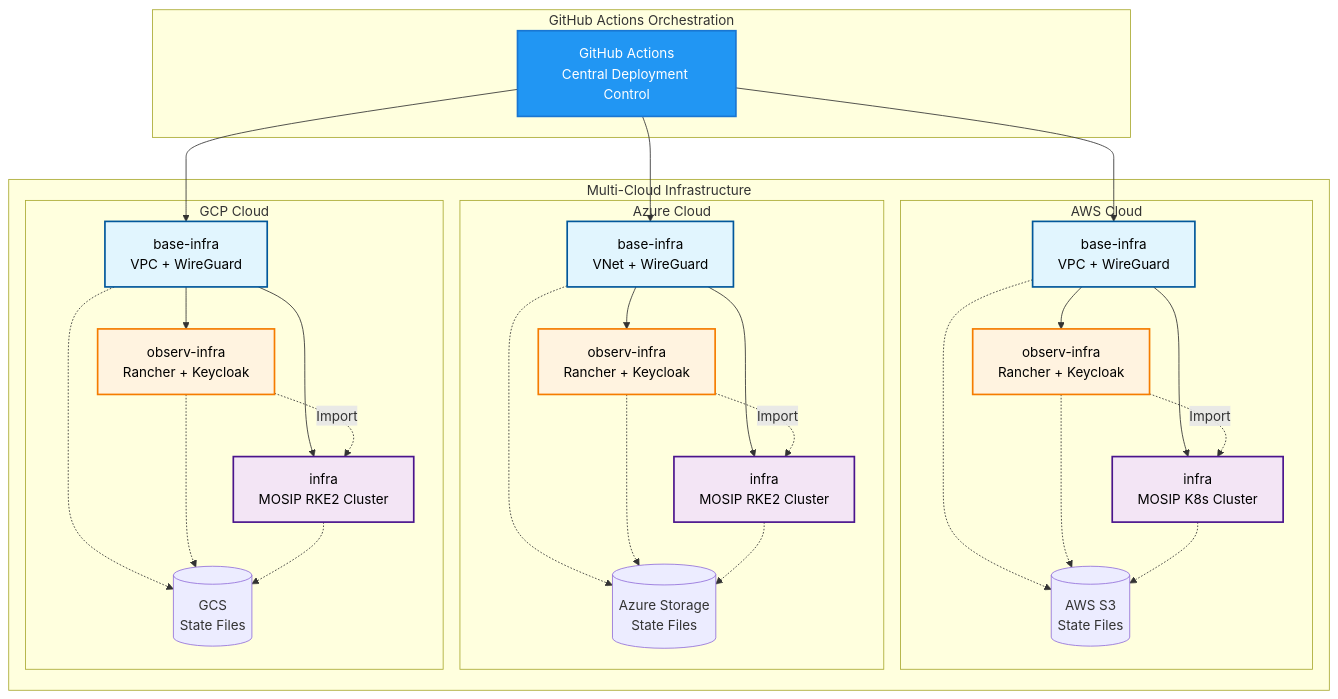
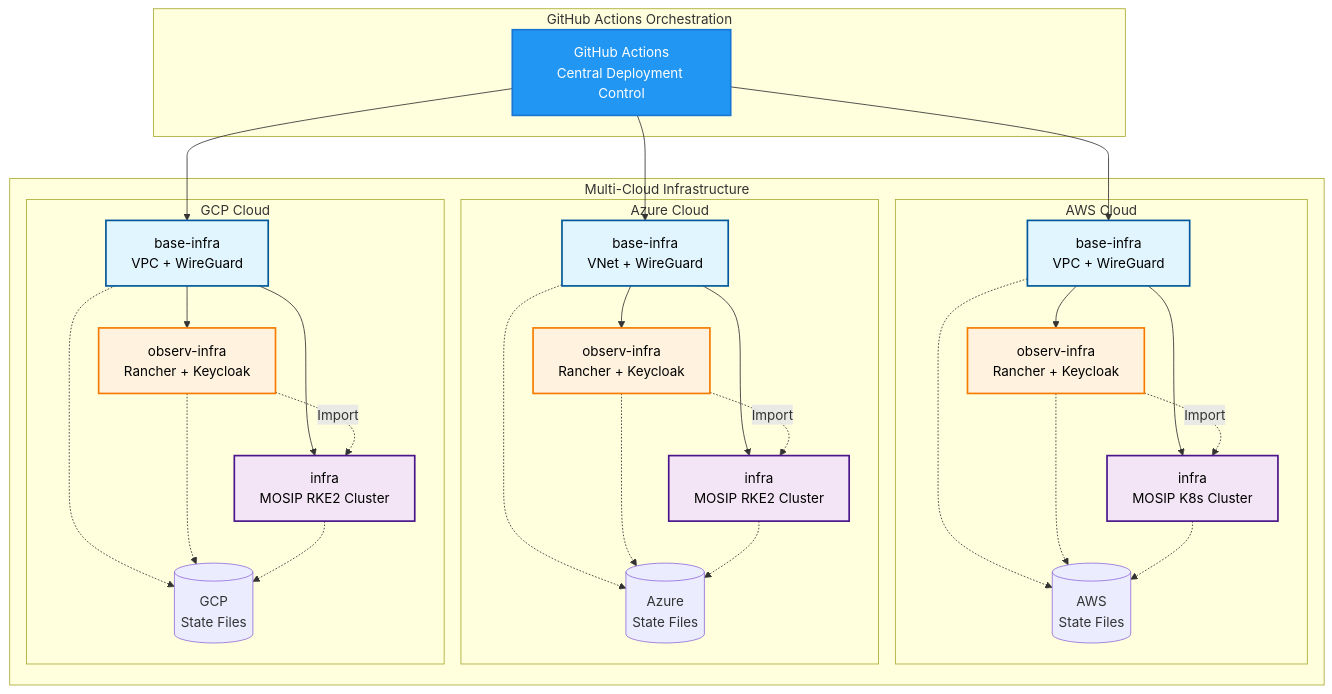
Before and after one commit to mosip/infra: the first of 3 diagrams in terraform/README.md, drawn with Mermaid. The commit also changed 1 other file, not shown here.

Commit message:
[MOSIP-43149]updated docs as per varaniya

````diff
--- a/terraform/README.md
+++ b/terraform/README.md
@@ -13,65 +13,65 @@
 ```mermaid
 graph TB
  subgraph "GitHub Actions Orchestration"
  GHA[GitHub Actions<br/>Central Deployment Control]
  end
  
  subgraph "Multi-Cloud Infrastructure"
  subgraph "AWS Cloud"
  AWS_BASE[base-infra<br/>VPC + WireGuard]
  AWS_OBS[observ-infra<br/>Rancher + Keycloak]
  AWS_INFRA[infra<br/>MOSIP K8s Cluster]
- AWS_STATE[(AWS S3<br/>State Files)]
+ AWS_STATE[(AWS <br/>State Files)]
  end
  
  subgraph "Azure Cloud"
  AZ_BASE[base-infra<br/>VNet + WireGuard]
  AZ_OBS[observ-infra<br/>Rancher + Keycloak]
  AZ_INFRA[infra<br/>MOSIP RKE2 Cluster]
- AZ_STATE[(Azure Storage<br/>State Files)]
+ AZ_STATE[(Azure <br/>State Files)]
  end
  
  subgraph "GCP Cloud"
  GCP_BASE[base-infra<br/>VPC + WireGuard]
  GCP_OBS[observ-infra<br/>Rancher + Keycloak]
  GCP_INFRA[infra<br/>MOSIP RKE2 Cluster]
- GCP_STATE[(GCS<br/>State Files)]
+ GCP_STATE[(GCP<br/>State Files)]
  end
  end
  
  GHA --> AWS_BASE
  GHA --> AZ_BASE
  GHA --> GCP_BASE
  
  AWS_BASE --> AWS_OBS
  AWS_BASE --> AWS_INFRA
  AWS_OBS -.->|Import| AWS_INFRA
  AWS_BASE -.-> AWS_STATE
  AWS_OBS -.-> AWS_STATE
  AWS_INFRA -.-> AWS_STATE
  
  AZ_BASE --> AZ_OBS
  AZ_BASE --> AZ_INFRA
  AZ_OBS -.->|Import| AZ_INFRA
  AZ_BASE -.-> AZ_STATE
  AZ_OBS -.-> AZ_STATE
  AZ_INFRA -.-> AZ_STATE
  
  GCP_BASE --> GCP_OBS
  GCP_BASE --> GCP_INFRA
  GCP_OBS -.->|Import| GCP_INFRA
  GCP_BASE -.-> GCP_STATE
  GCP_OBS -.-> GCP_STATE
  GCP_INFRA -.-> GCP_STATE
  
  style GHA fill:#2196F3,stroke:#1976D2,stroke-width:2px,color:#fff
  style AWS_BASE fill:#e1f5fe,stroke:#01579b,stroke-width:2px,color:#000000
  style AWS_OBS fill:#fff3e0,stroke:#f57c00,stroke-width:2px,color:#000000
  style AWS_INFRA fill:#f3e5f5,stroke:#4a148c,stroke-width:2px,color:#000000
  style AZ_BASE fill:#e1f5fe,stroke:#01579b,stroke-width:2px,color:#000000
  style AZ_OBS fill:#fff3e0,stroke:#f57c00,stroke-width:2px,color:#000000
  style AZ_INFRA fill:#f3e5f5,stroke:#4a148c,stroke-width:2px,color:#000000
  style GCP_BASE fill:#e1f5fe,stroke:#01579b,stroke-width:2px,color:#000000
  style GCP_OBS fill:#fff3e0,stroke:#f57c00,stroke-width:2px,color:#000000
  style GCP_INFRA fill:#f3e5f5,stroke:#4a148c,stroke-width:2px,color:#000000
 ```
````
